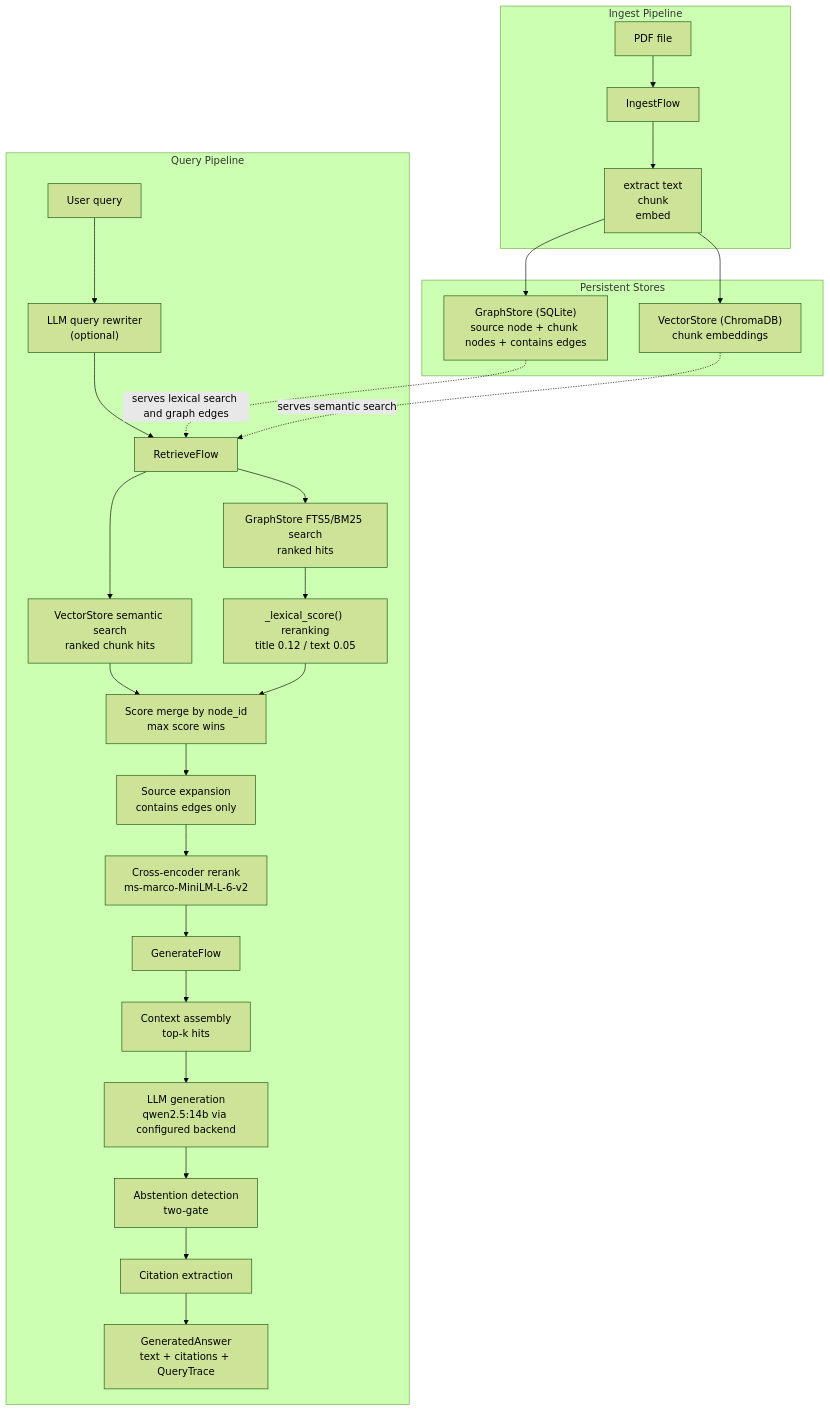
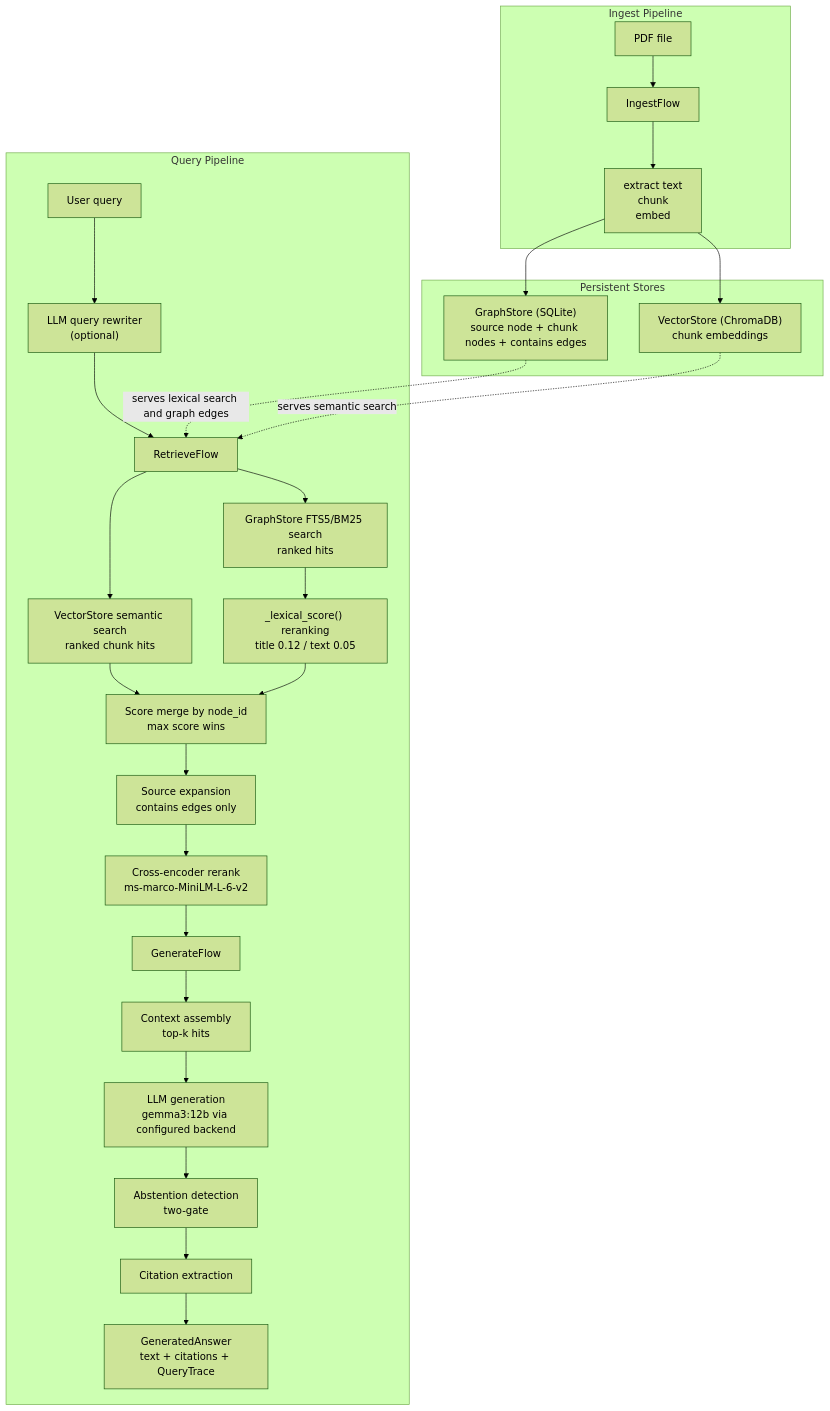
One commit to DmcpEI/Research-Continuity-Agent changed the diagram in README.md. Above: the diagram before and after it, drawn with Mermaid (forest theme). The commit also changed other lines of this file and 3 other files, not shown here.

First line of the commit message:
Docs: document revisions, API bridge, and updated roadmap

````diff
--- a/README.md
+++ b/README.md
@@ -11,43 +11,43 @@
 ```mermaid
 flowchart TD
     subgraph Ingest["Ingest Pipeline"]
         PDF["PDF file"]
         IF["IngestFlow"]
         Extract["extract text<br/>chunk<br/>embed"]
         PDF --> IF --> Extract
     end
 
     subgraph Storage["Persistent Stores"]
         GS["GraphStore (SQLite)<br/>source node + chunk nodes + contains edges"]
         VS["VectorStore (ChromaDB)<br/>chunk embeddings"]
     end
 
     subgraph Query["Query Pipeline"]
         UQ["User query"]
         RW["LLM query rewriter<br/>(optional)"]
         RF["RetrieveFlow"]
         VQ["VectorStore semantic search<br/>ranked chunk hits"]
         FTS["GraphStore FTS5/BM25 search<br/>ranked hits"]
         LEX["_lexical_score() reranking<br/>title 0.12 / text 0.05"]
         MERGE["Score merge by node_id<br/>max score wins"]
         EXPAND["Source expansion<br/>contains edges only"]
         RERANK["Cross-encoder rerank<br/>ms-marco-MiniLM-L-6-v2"]
         GF["GenerateFlow"]
         CTX["Context assembly<br/>top-k hits"]
-        LLM["LLM generation<br/>qwen2.5:14b via configured backend"]
+        LLM["LLM generation<br/>gemma3:12b via configured backend"]
         ABS["Abstention detection<br/>two-gate"]
         CITE["Citation extraction"]
         OUT["GeneratedAnswer<br/>text + citations + QueryTrace"]
 
         UQ --> RW --> RF
         RF --> VQ --> MERGE
         RF --> FTS --> LEX --> MERGE
         MERGE --> EXPAND --> RERANK --> GF
         GF --> CTX --> LLM --> ABS --> CITE --> OUT
     end
 
     Extract --> GS
     Extract --> VS
     GS -. "serves lexical search and graph edges" .-> RF
     VS -. "serves semantic search" .-> RF
 ```
````
